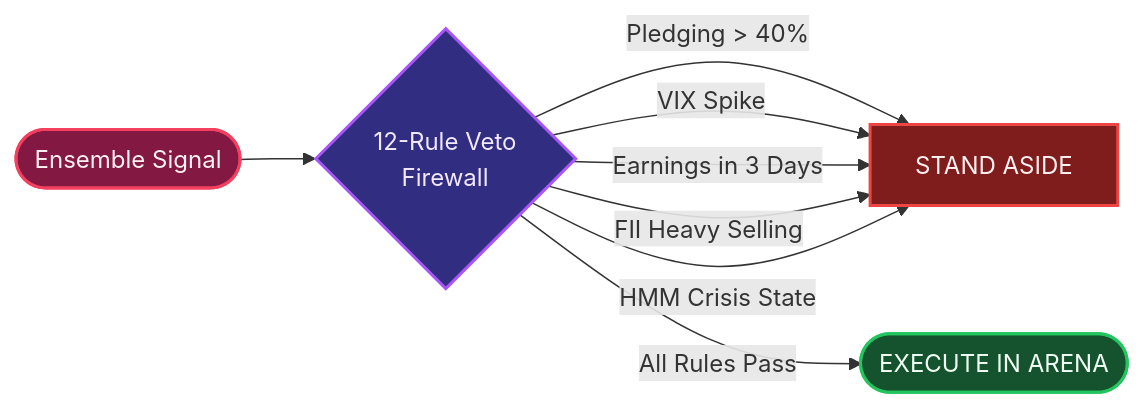
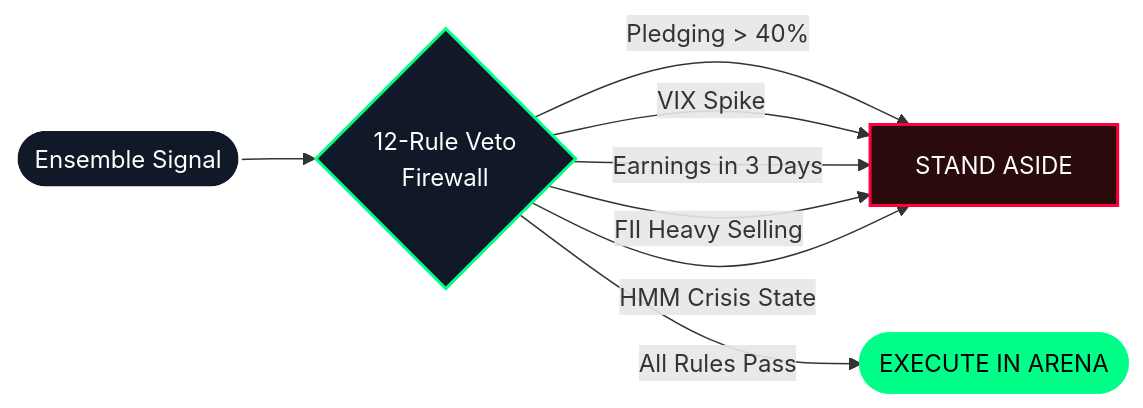
The fourth of 5 diagrams in README.md (SaiSiddharthBS/MarketAnalyser), drawn with Mermaid before and after one commit. The commit also changed other lines of this file, not shown here.

Commit message:
docs: Convert Mindmap to Graph LR, use HTML breaks, and match exact UI colors to fix clipping

````diff
--- a/README.md
+++ b/README.md
@@ -309,21 +313,21 @@
 ```mermaid
 flowchart LR
-    Signal(["Ensemble Signal"]) --> Veto{"12-Rule Veto\nFirewall"}
+    Signal(["Ensemble Signal"]) --> Veto{"12-Rule Veto<br/>Firewall"}
     Veto -->|"Pledging > 40%"| Block["STAND ASIDE"]
     Veto -->|"VIX Spike"| Block
     Veto -->|"Earnings in 3 Days"| Block
     Veto -->|"FII Heavy Selling"| Block
     Veto -->|"HMM Crisis State"| Block
     Veto -->|"All Rules Pass"| Exec(["EXECUTE IN ARENA"])
 
-    classDef default fill:#0f172a,stroke:#3b82f6,stroke-width:2px,color:#f8fafc;
-    classDef decision fill:#312e81,stroke:#a855f7,stroke-width:2px,color:#f3e8ff;
-    classDef block fill:#7f1d1d,stroke:#ef4444,stroke-width:2px,color:#fef2f2;
-    classDef exec fill:#14532d,stroke:#22c55e,stroke-width:2px,color:#f0fdf4;
-    classDef signal fill:#831843,stroke:#f43f5e,stroke-width:2px,color:#fff1f2;
+    classDef default fill:#0b101e,stroke:#00e5ff,stroke-width:2px,color:#ffffff;
+    classDef decision fill:#111827,stroke:#00ff88,stroke-width:2px,color:#ffffff;
+    classDef block fill:#2a0a0a,stroke:#ff003c,stroke-width:2px,color:#ffffff;
+    classDef exec fill:#00ff88,stroke:#00ff88,stroke-width:2px,color:#000000;
+    classDef signal fill:#111827,stroke:#ffffff,stroke-width:2px,color:#ffffff;
 
     class Signal signal;
     class Veto decision;
     class Block block;
     class Exec exec;
 ```
````
